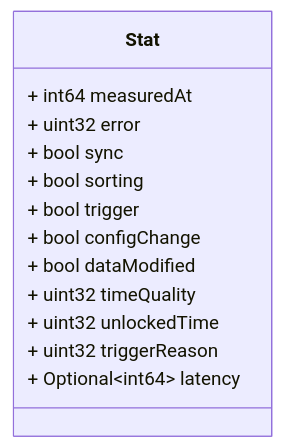
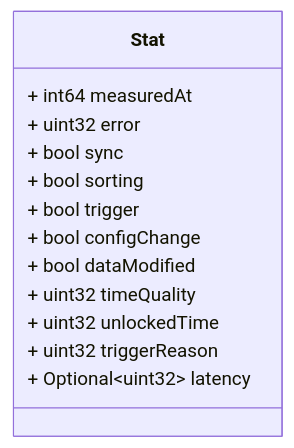
The diagram in docs/c37118/v1/stat.proto.md (zaphiro-technologies/protobuf), drawn with Mermaid before and after one commit. The commit also changed other lines of this file, not shown here.

Commit message:
Buf re-generated protos

````diff
--- a/docs/c37118/v1/stat.proto.md
+++ b/docs/c37118/v1/stat.proto.md
@@ -26,26 +26,26 @@
 ```mermaid
 classDiagram
 direction LR
 
 %% A Stat of PMU data, check IEEE C37.118 standard for more details.
 %% Headers used in rabbitMQ:
 %% * `id` (string): id of the `Stat` message.
 %% * `producerId` (string): the id of the producer (e.g. a PMU) linked to the dataset.
 %% * `timestampId` (int64): related measurement Unix msec timestamp (if any)
 %% 
 
 class Stat {
   + int64 measuredAt
   + uint32 error
   + bool sync
   + bool sorting
   + bool trigger
   + bool configChange
   + bool dataModified
   + uint32 timeQuality
   + uint32 unlockedTime
   + uint32 triggerReason
-  + Optional~int64~ latency
+  + Optional~uint32~ latency
 }
 
 ```
````
